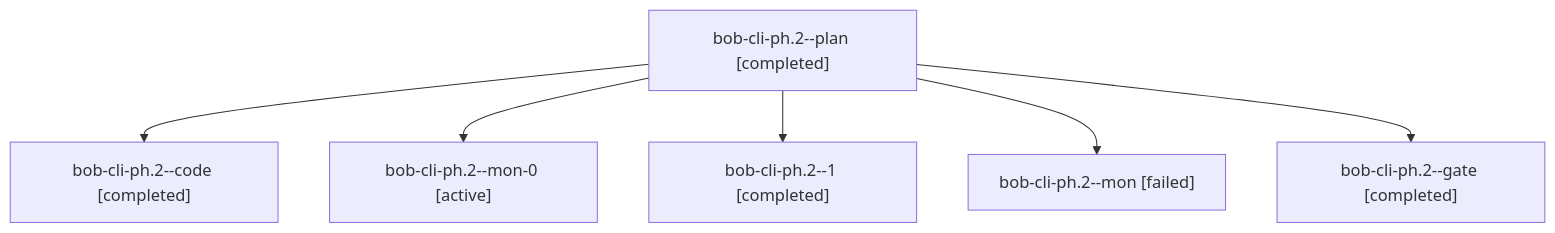
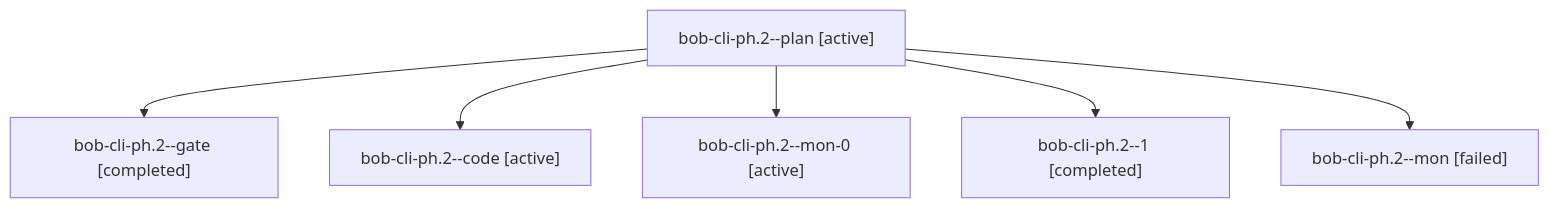
Before and after one commit to bobs-org/bob-cli--agents: the diagram in sessions/bbugyi200.apollo.bob-cli-ph.2.md, drawn with Mermaid. The commit also changed other lines of this file and 64 other files, not shown here.

````diff
--- a/sessions/bbugyi200.apollo.bob-cli-ph.2.md
+++ b/sessions/bbugyi200.apollo.bob-cli-ph.2.md
@@ -9,14 +9,14 @@
 ```mermaid
 flowchart TD
-  n0["bob-cli-ph.2--plan [completed]"]
-  n1["bob-cli-ph.2--code [completed]"]
+  n0["bob-cli-ph.2--plan [active]"]
+  n1["bob-cli-ph.2--gate [completed]"]
   n0 --> n1
-  n2["bob-cli-ph.2--mon-0 [active]"]
+  n2["bob-cli-ph.2--code [active]"]
   n0 --> n2
-  n3["bob-cli-ph.2--1 [completed]"]
+  n3["bob-cli-ph.2--mon-0 [active]"]
   n0 --> n3
-  n4["bob-cli-ph.2--mon [failed]"]
+  n4["bob-cli-ph.2--1 [completed]"]
   n0 --> n4
-  n5["bob-cli-ph.2--gate [completed]"]
+  n5["bob-cli-ph.2--mon [failed]"]
   n0 --> n5
 ```
````
